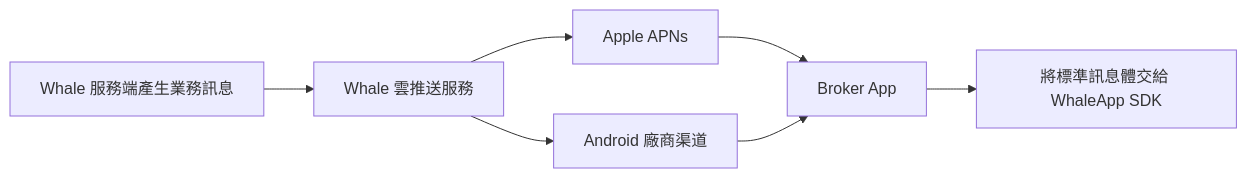
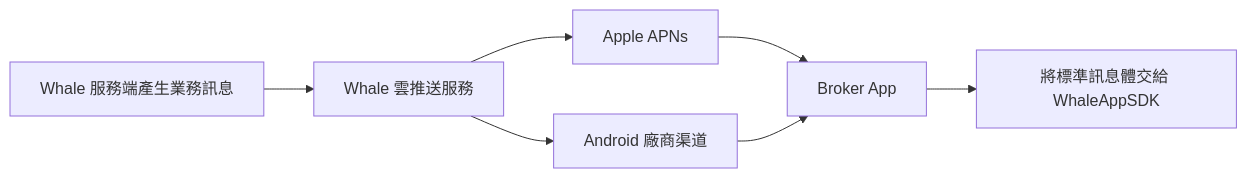
The first of 2 diagrams in docs/zh-HK/docs/message-push.mdx (longbridge/whale-docs), drawn with Mermaid before and after one commit. The commit also changed other lines of this file and 120 other files, not shown here.

````diff
--- a/docs/zh-HK/docs/message-push.mdx
+++ b/docs/zh-HK/docs/message-push.mdx
@@ -33,9 +33,9 @@
 ```mermaid
 flowchart LR
     A[Whale 服務端產生業務訊息] --> B[Whale 雲推送服務]
     B --> C[Apple APNs]
     B --> D[Android 廠商渠道]
     C --> E[Broker App]
     D --> E
-    E --> F[將標準訊息體交給 WhaleApp SDK]
+    E --> F[將標準訊息體交給 WhaleAppSDK]
 ```
````
